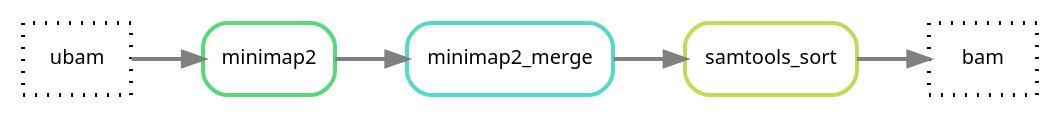
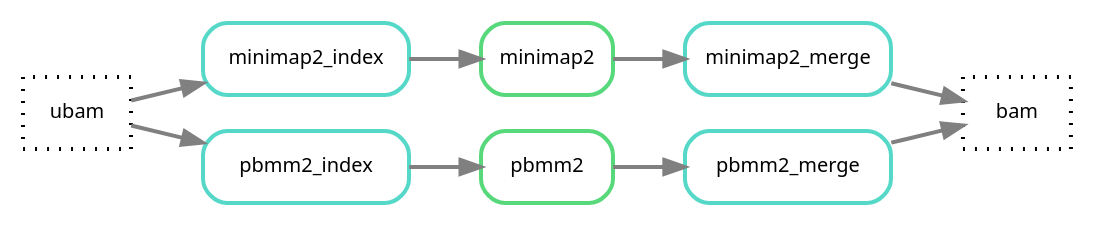
The diagram in docs/images/alignment.longread.dot (hydra-genetics/alignment), drawn with Graphviz before and after one commit. The commit also changed 3 other files, not shown here.

```diff
--- a/docs/images/alignment.longread.dot
+++ b/docs/images/alignment.longread.dot
@@ -1,46 +1,65 @@
 digraph snakemake_dag {
              rankdir=LR;
 	graph [bb="0,0,103,252",
 		bgcolor=white,
 		margin=0
 	];
 	node [fontname=sans,
 		fontsize=10,
 		label="\N",
 		penwidth=2,
 		style=rounded,
 		shape=box
 	];
 	edge [color=grey,
 		penwidth=2
 	];
 	10	[color="0.0 0.0 0.0",
 		height=0.5,
 		label="ubam",
 		pos="51.5,18",
 		width=0.75, style="dotted"];
 	0	 [color="0.0 0.0 0.0",
 		height=0.5,
 		label="bam",
 		pos="51.5,18",
 		width=0.75, style="dotted"];
-	1	 [color="0.19 0.6 0.85",
+	2 -> 0	 [pos="e,51.5,36.413 51.5,71.831 51.5,64.131 51.5,54.974 51.5,46.417"];
+	4	 [color="0.48 0.6 0.85",
 		height=0.5,
-		label=samtools_sort,
-		pos="51.5,90",
-		width=1.1944];
-	1 -> 0	 [pos="e,51.5,36.413 51.5,71.831 51.5,64.131 51.5,54.974 51.5,46.417"];
+		label=minimap2_index,
+		pos="51.5,162",
+		width=1.4306];
 	2	 [color="0.48 0.6 0.85",
 		height=0.5,
 		label=minimap2_merge,
 		pos="51.5,162",
 		width=1.4306];
-	2 -> 1	 [pos="e,51.5,108.41 51.5,143.83 51.5,136.13 51.5,126.97 51.5,118.42"];
 	3	 [color="0.38 0.6 0.85",
 		height=0.5,
 		label=minimap2,
 		pos="51.5,234",
 		width=0.91667];
+	5	 [color="0.48 0.6 0.85",
+		height=0.5,
+		label=pbmm2_index,
+		pos="51.5,162",
+		width=1.4306];
+	6	 [color="0.48 0.6 0.85",
+		height=0.5,
+		label=pbmm2_merge,
+		pos="51.5,162",
+		width=1.4306];
+	7	 [color="0.38 0.6 0.85",
+		height=0.5,
+		label=pbmm2,
+		pos="51.5,234",
+		width=0.91667];
 	3 -> 2	 [pos="e,51.5,180.41 51.5,215.83 51.5,208.13 51.5,198.97 51.5,190.42"];
-	10 -> 3
+	10 -> 4
+	4 -> 3
+	10 -> 5
+	5 -> 7
+	7 -> 6
+	6 -> 0
 }
```
